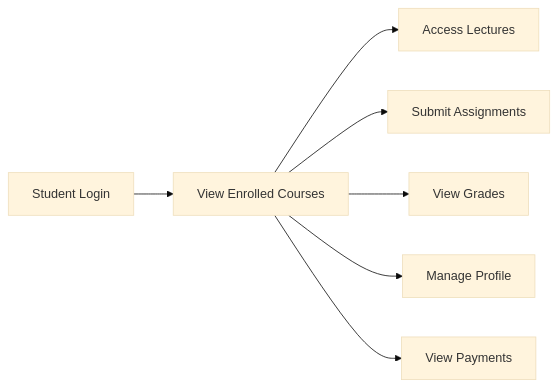
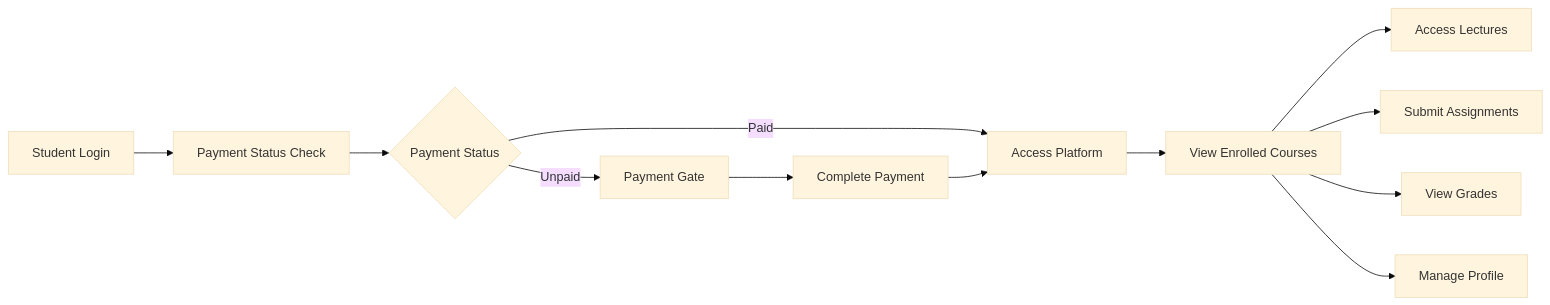
Before and after one commit to elfeshawy17/ELearning-Project: the ninth of 10 diagrams in README.md, drawn with Mermaid (base theme). The commit also changed other lines of this file, not shown here.

````diff
--- a/README.md
+++ b/README.md
@@ -248,9 +364,14 @@
 ```mermaid
 graph LR
-    A[Student Login] --> B[View Enrolled Courses]
-    B --> C[Access Lectures]
-    B --> D[Submit Assignments]
-    B --> E[View Grades]
-    B --> F[Manage Profile]
-    B --> G[View Payments]
+    A[Student Login] --> B[Payment Status Check]
+    B --> C{Payment Status}
+    C -->|Paid| D[Access Platform]
+    C -->|Unpaid| E[Payment Gate]
+    E --> F[Complete Payment]
+    F --> D
+    D --> G[View Enrolled Courses]
+    G --> H[Access Lectures]
+    G --> I[Submit Assignments]
+    G --> J[View Grades]
+    G --> K[Manage Profile]
 ```
````
